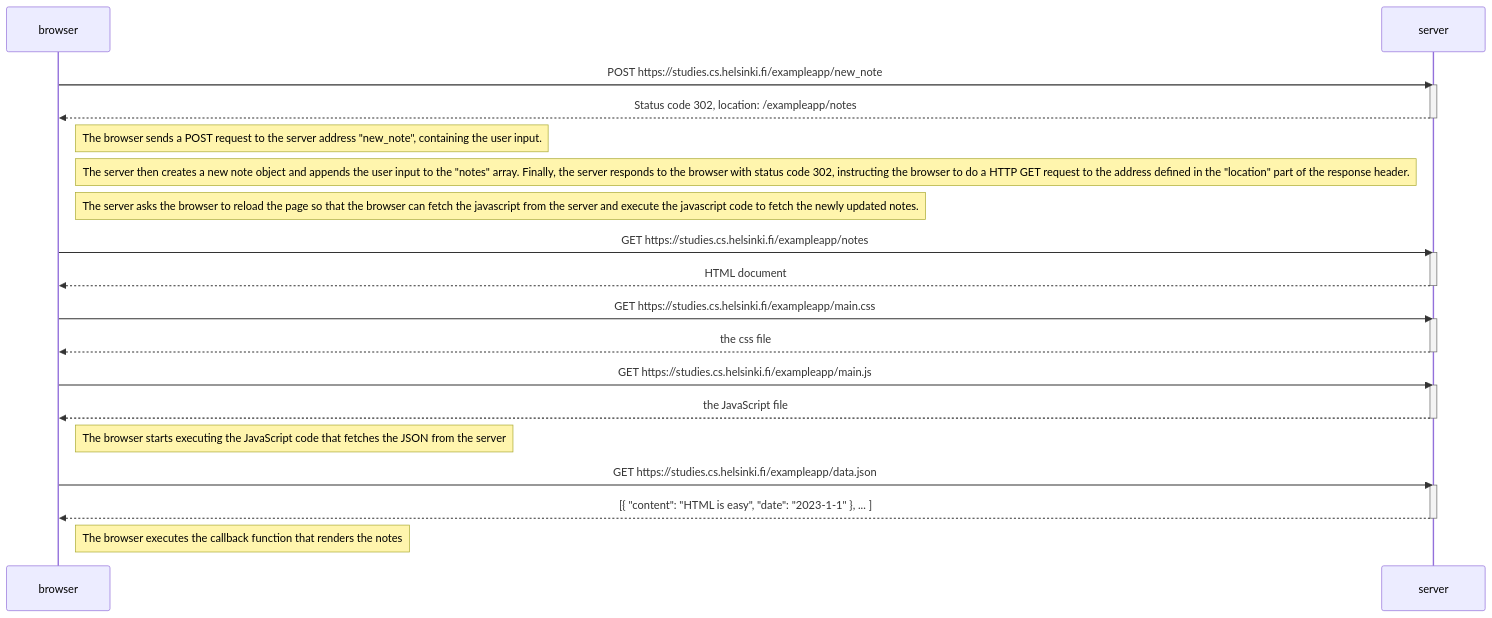
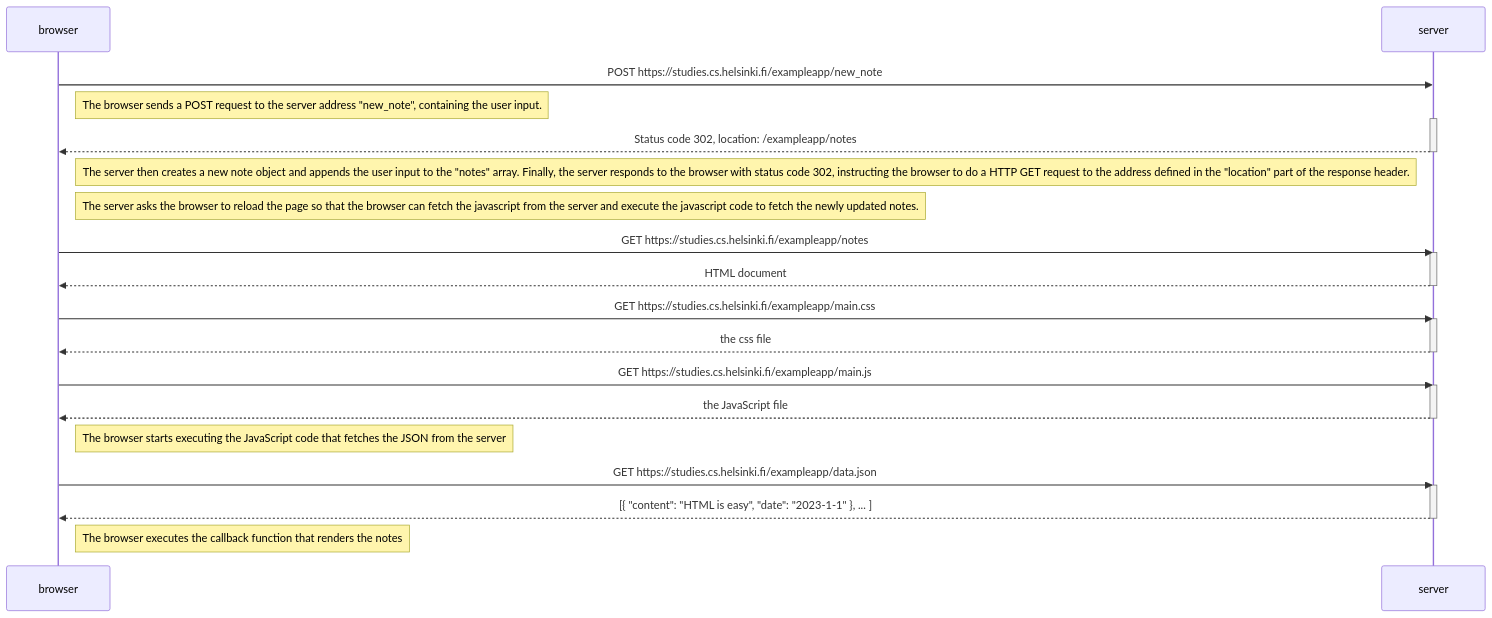
Before and after one commit to bakhtiar56/Full_Stack_Open: the diagram in part0/ exercise_0.4 /diagram.md, drawn with Mermaid.

Commit message:
update diagram

````diff
--- a/part0/ exercise_0.4 /diagram.md
+++ b/part0/ exercise_0.4 /diagram.md
@@ -1,40 +1,40 @@
 ```mermaid
 sequenceDiagram
     participant browser
     participant server
 
     browser->>server: POST https://studies.cs.helsinki.fi/exampleapp/new_note
+    Note right of browser: The browser sends a POST request to the server address "new_note", containing the user input. 
+
     activate server
     server-->>browser: Status code 302, location: /exampleapp/notes
     deactivate server
 
-    Note right of browser: The browser sends a POST request to the server address "new_note", containing the user input. 
-
-    Note right of browser: The server then creates a new note object and appends the user input to the "notes" array. Finally, the server responds to the browser with status code 302, instructing the browser to do a HTTP GET request to the address defined in the "location" part of the response header.
+     Note right of browser: The server then creates a new note object and appends the user input to the "notes" array. Finally, the server responds to the browser with status code 302, instructing the browser to do a HTTP GET request to the address defined in the "location" part of the response header.
 
     Note right of browser: The server asks the browser to reload the page so that the browser can fetch the javascript from the server and execute the javascript code to fetch the newly updated notes.
     
     browser->>server: GET https://studies.cs.helsinki.fi/exampleapp/notes
     activate server
     server-->>browser: HTML document
     deactivate server
 
     browser->>server: GET https://studies.cs.helsinki.fi/exampleapp/main.css
     activate server
     server-->>browser: the css file
     deactivate server
 
     browser->>server: GET https://studies.cs.helsinki.fi/exampleapp/main.js
     activate server
     server-->>browser: the JavaScript file
     deactivate server
 
     Note right of browser: The browser starts executing the JavaScript code that fetches the JSON from the server
 
     browser->>server: GET https://studies.cs.helsinki.fi/exampleapp/data.json
     activate server
     server-->>browser: [{ "content": "HTML is easy", "date": "2023-1-1" }, ... ]
     deactivate server
 
     Note right of browser: The browser executes the callback function that renders the notes
 ```
````
